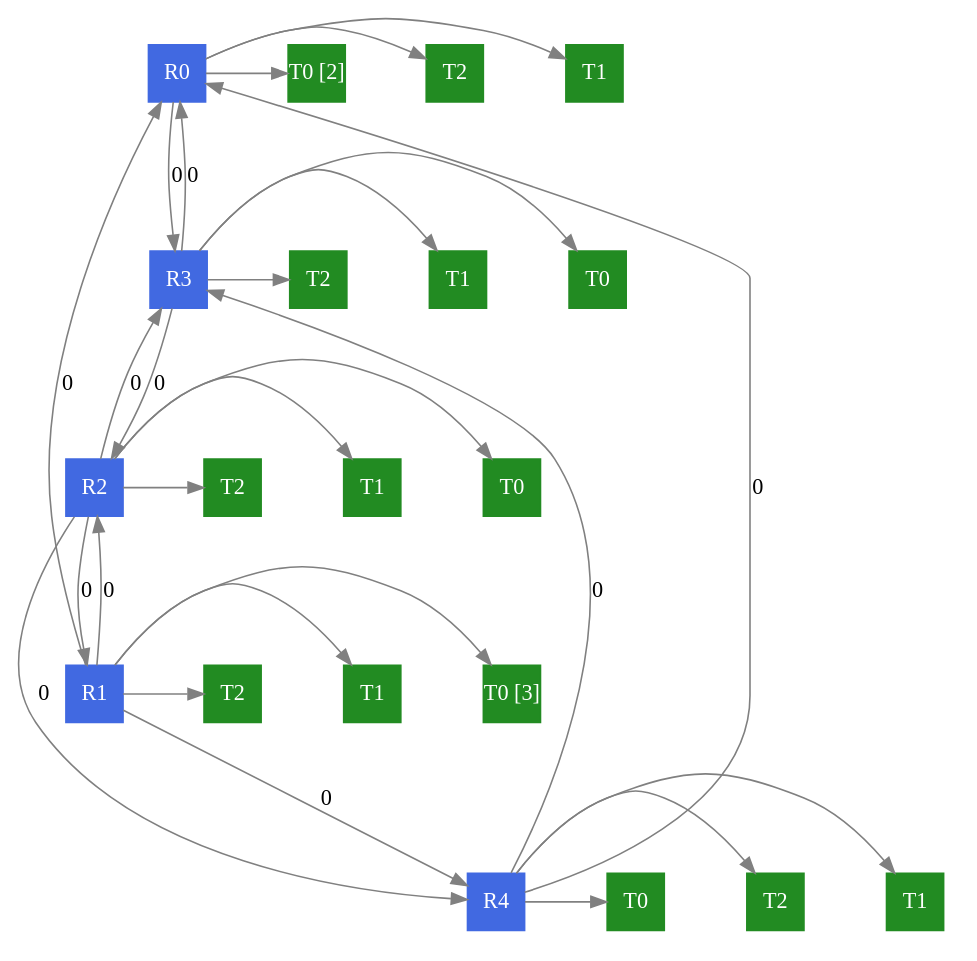
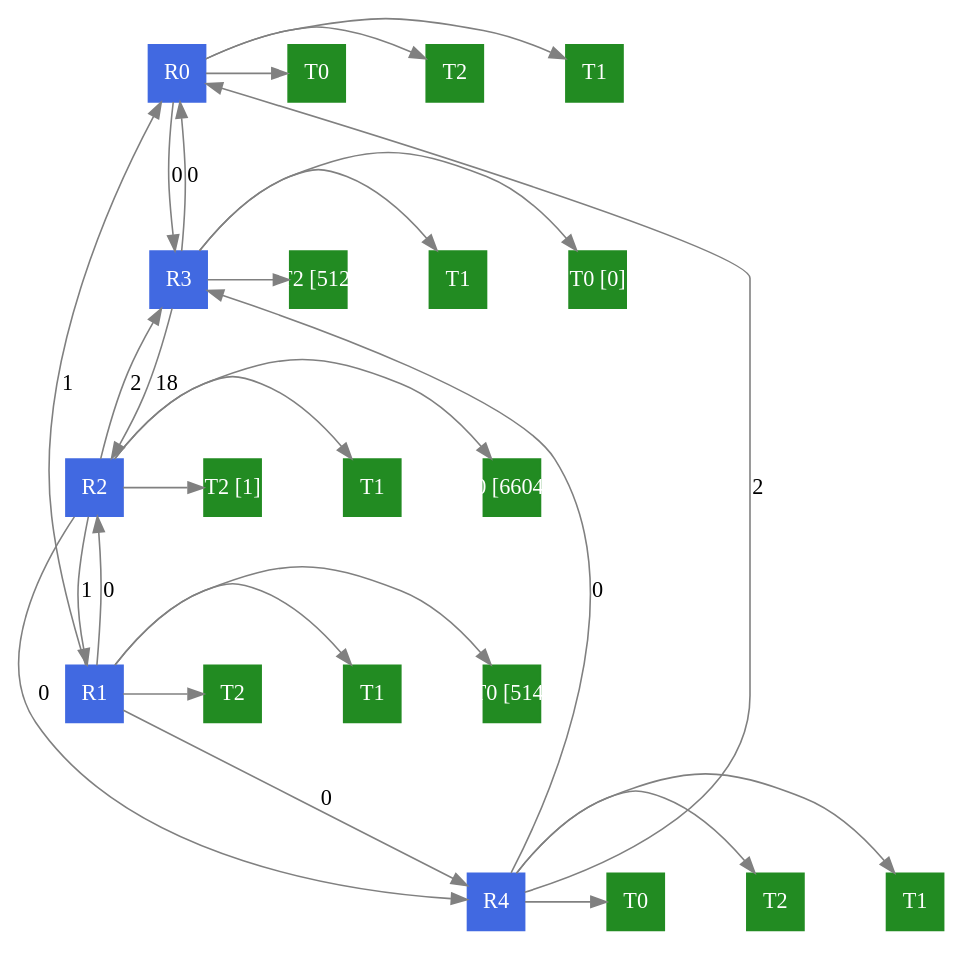
Before and after one commit to Fede108/Algoritmos-y-estructura-de-Datos: the diagram in Trabajo_Final/bin/grafo.dot, drawn with Graphviz. The commit also changed 8 other files, not shown here.

```diff
--- a/Trabajo_Final/bin/grafo.dot
+++ b/Trabajo_Final/bin/grafo.dot
@@ -1,57 +1,57 @@
 digraph G {
     edge [color=gray, penwidth=1];
     size="8,8";
     ratio="fill";
  subgraph routers {
  node [shape=box, style=filled, color=royalblue, fixedsize=true, width=0.5, height=0.5, fontcolor=white];
         0 [label="R0"];
         1 [label="R1"];
         2 [label="R2"];
         3 [label="R3"];
         4 [label="R4"];
   }
  subgraph terminales {
   node [shape=box, style=filled, color=forestgreen, fixedsize=true, width=0.5, height=0.5, fontcolor=white];
-00 [label="T0 [2]"];
+00 [label="T0"];
 01 [label="T1"];
 02 [label="T2"];
-10 [label="T0 [3]"];
+10 [label="T0 [514]"];
 11 [label="T1"];
 12 [label="T2"];
-20 [label="T0"];
+20 [label="T0 [66048]"];
 21 [label="T1"];
-22 [label="T2"];
-30 [label="T0"];
+22 [label="T2 [1]"];
+30 [label="T0 [0]"];
 31 [label="T1"];
-32 [label="T2"];
+32 [label="T2 [512]"];
 40 [label="T0"];
 41 [label="T1"];
 42 [label="T2"];
  }
     0 -> 3 [label="0"];
-    1 -> 0 [label="0"];
+    1 -> 0 [label="1"];
     1 -> 2 [label="0"];
     1 -> 4 [label="0"];
-    2 -> 1 [label="0"];
-    2 -> 3 [label="0"];
+    2 -> 1 [label="1"];
+    2 -> 3 [label="2"];
     2 -> 4 [label="0"];
     3 -> 0 [label="0"];
-    3 -> 2 [label="0"];
-    4 -> 0 [label="0"];
+    3 -> 2 [label="18"];
+    4 -> 0 [label="2"];
     4 -> 3 [label="0"];
     0 -> 00 [minlen=0.2];
     0 -> 01 [minlen=0.2];
     0 -> 02 [minlen=0.2];
     1 -> 10 [minlen=0.2];
     1 -> 11 [minlen=0.2];
     1 -> 12 [minlen=0.2];
     2 -> 20 [minlen=0.2];
     2 -> 21 [minlen=0.2];
     2 -> 22 [minlen=0.2];
     3 -> 30 [minlen=0.2];
     3 -> 31 [minlen=0.2];
     3 -> 32 [minlen=0.2];
     4 -> 40 [minlen=0.2];
     4 -> 41 [minlen=0.2];
     4 -> 42 [minlen=0.2];
 }
```
